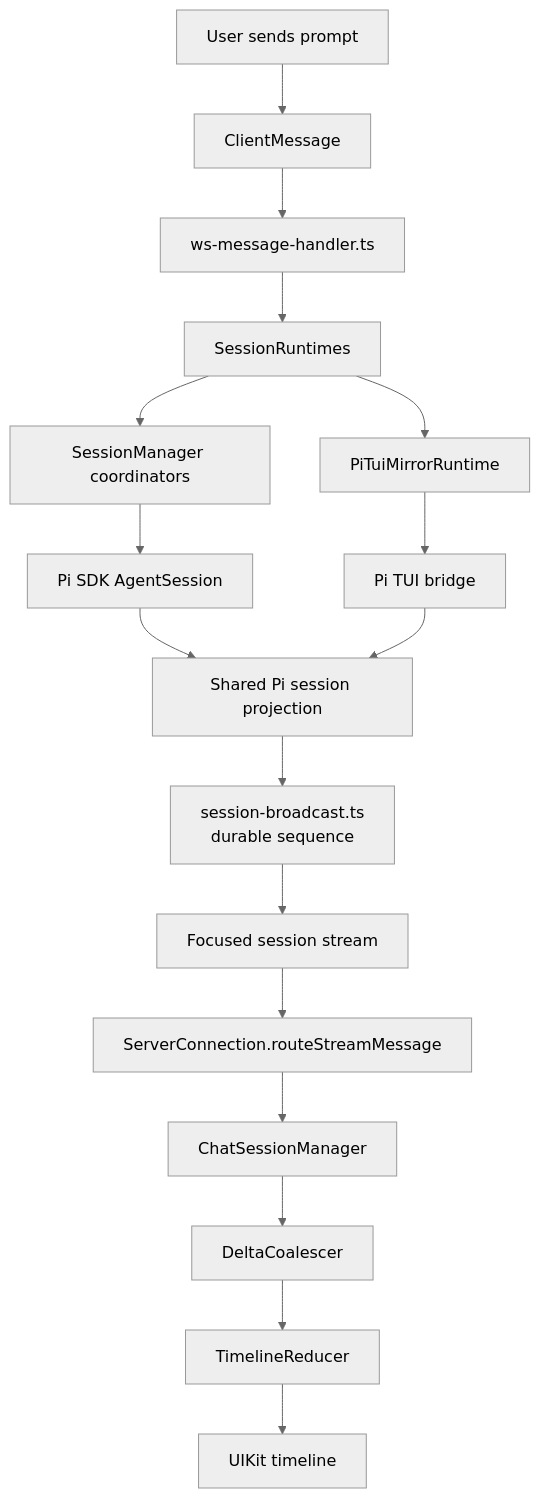
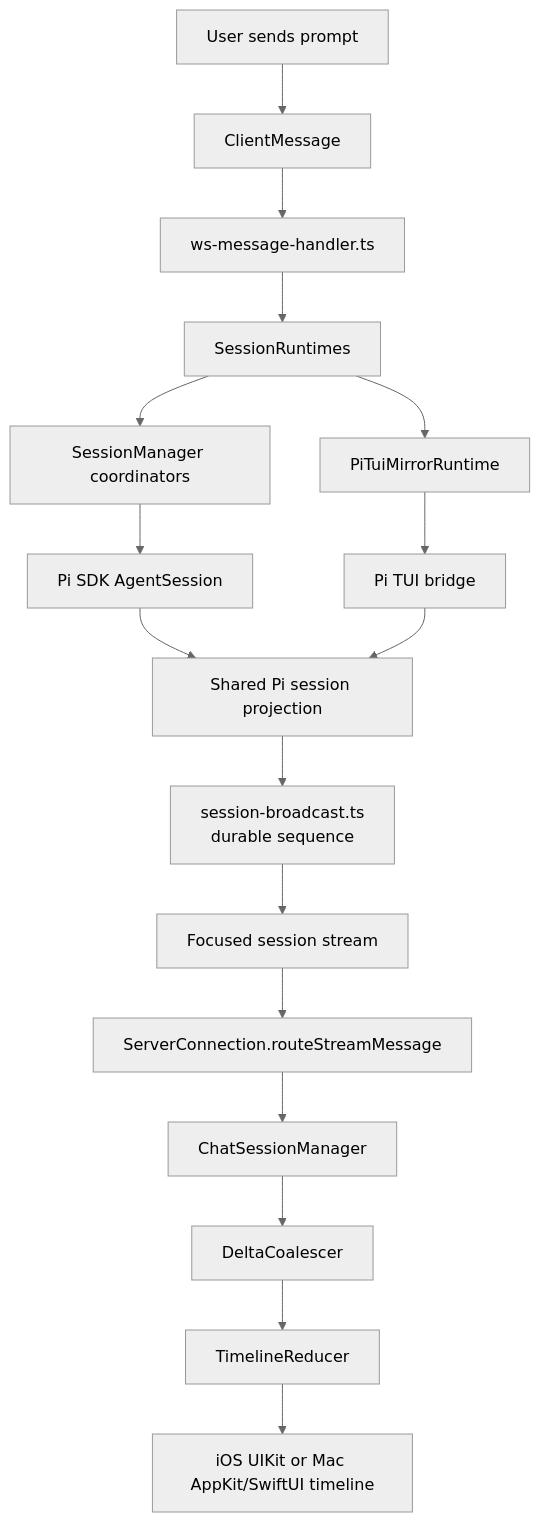
Before and after one commit to duh17/oppi: the third of 3 diagrams in docs/architecture.md, drawn with Mermaid (neutral theme). The commit also changed other lines of this file and 8 other files, not shown here.

First line of the commit message:
chore: enforce Mac client architecture boundaries

````diff
--- a/docs/architecture.md
+++ b/docs/architecture.md
@@ -130,36 +132,36 @@
 ```mermaid
 graph TD
   Prompt[User sends prompt]
   ClientMsg[ClientMessage]
   Handler[ws-message-handler.ts]
   Router[SessionRuntimes]
   SessionMgr[SessionManager coordinators]
   Mirror[PiTuiMirrorRuntime]
   SDK[Pi SDK AgentSession]
   Terminal[Pi TUI bridge]
   Translate[Shared Pi session projection]
   Sequence[session-broadcast.ts<br/>durable sequence]
   Stream[Focused session stream]
   Route[ServerConnection.routeStreamMessage]
   Manager[ChatSessionManager]
   Coalesce[DeltaCoalescer]
   Reduce[TimelineReducer]
-  Render[UIKit timeline]
+  Render[iOS UIKit or Mac AppKit/SwiftUI timeline]
 
   Prompt --> ClientMsg
   ClientMsg --> Handler
   Handler --> Router
   Router --> SessionMgr
   Router --> Mirror
   SessionMgr --> SDK
   Mirror --> Terminal
   SDK --> Translate
   Terminal --> Translate
   Translate --> Sequence
   Sequence --> Stream
   Stream --> Route
   Route --> Manager
   Manager --> Coalesce
   Coalesce --> Reduce
   Reduce --> Render
 ```
````
